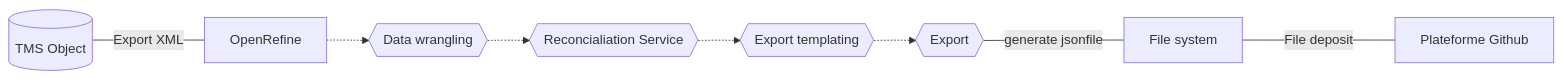
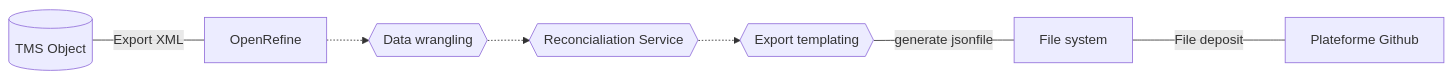
The diagram in README.md (CRR-EPMO/VanGoghDataproject), drawn with Mermaid before and after one commit.

````diff
--- a/README.md
+++ b/README.md
@@ -19,10 +19,9 @@
 ```mermaid
   graph LR;
      A[(TMS Object)]-- Export XML --- B[OpenRefine]
      B -.-> C{{Data wrangling}}
      C -.-> E{{Reconcialiation Service}}
      E -.-> F{{Export templating}}
-     F -.-> G{{Export}}
-     G -- generate jsonfile --- H[File system]
+     F -- generate jsonfile --- H[File system]
      H -- File deposit ---- I[Plateforme Github]
 ```
````
